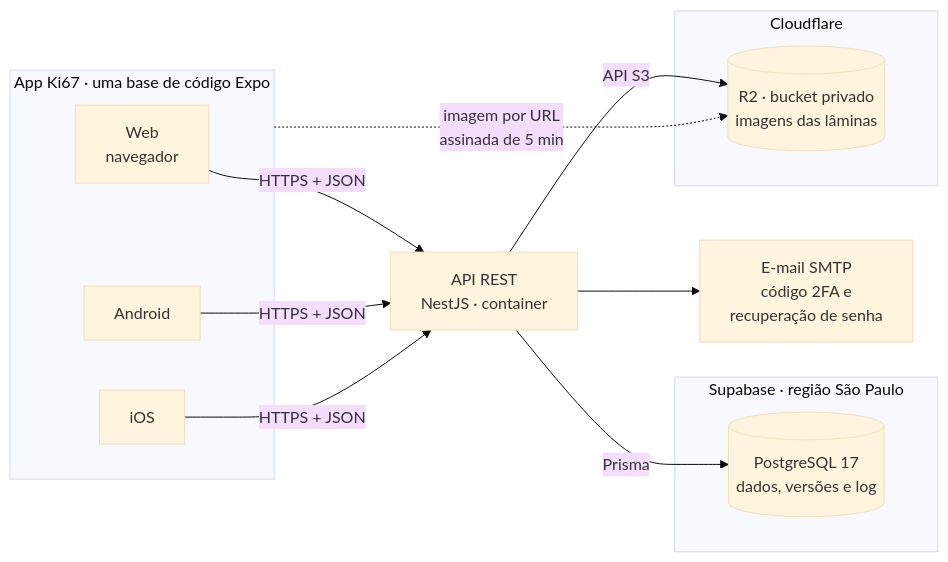
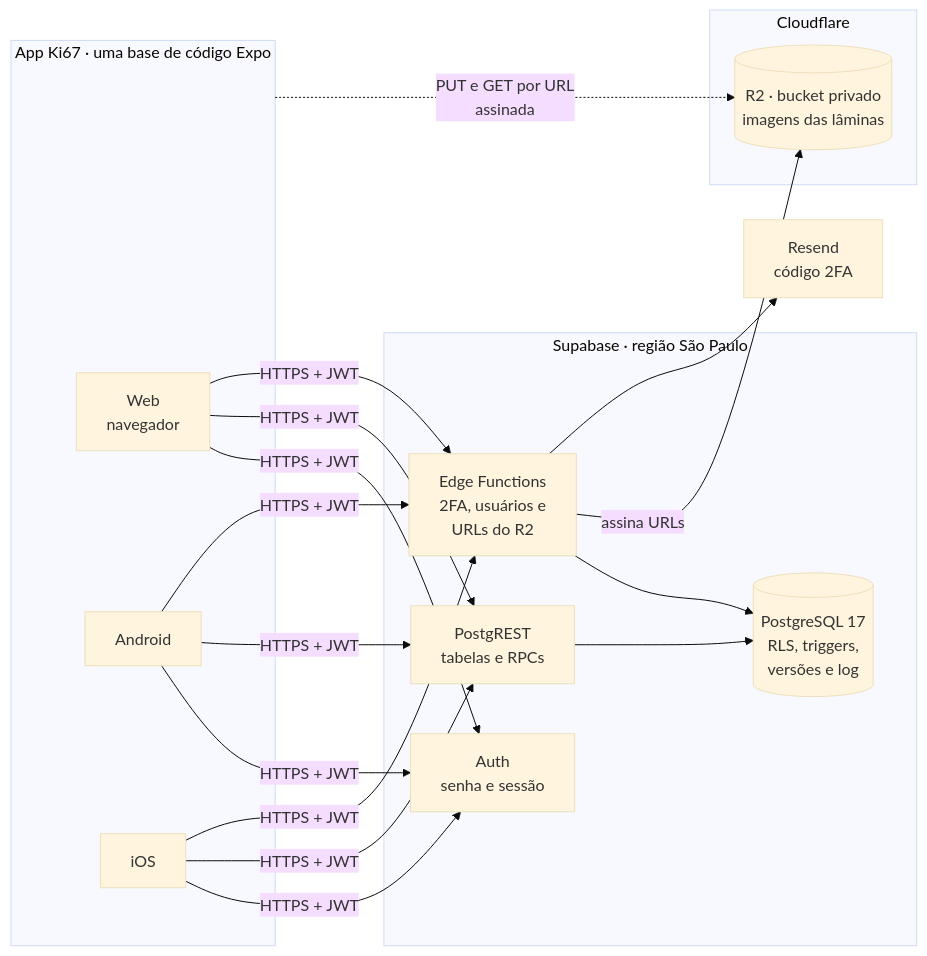
One commit to Matheus-Lordron/ki67 changed the first of 13 diagrams in docs/02-arquitetura.md. Above: the diagram before and after it, drawn with Mermaid (base theme). The commit also changed other lines of this file and 116 other files, not shown here.

````diff
--- a/docs/02-arquitetura.md
+++ b/docs/02-arquitetura.md
@@ -13,26 +21,28 @@
 ```mermaid
 flowchart LR
     subgraph App["App Ki67 · uma base de código Expo"]
         WEB["Web<br/>navegador"]
         AND["Android"]
         IOS["iOS"]
     end
 
-    API["API REST<br/>NestJS · container"]
-
     subgraph Supabase["Supabase · região São Paulo"]
-        DB[("PostgreSQL 17<br/>dados, versões e log")]
+        AUTH["Auth<br/>senha e sessão"]
+        REST["PostgREST<br/>tabelas e RPCs"]
+        DB[("PostgreSQL 17<br/>RLS, triggers,<br/>versões e log")]
+        EF["Edge Functions<br/>2FA, usuários e<br/>URLs do R2"]
     end
 
     subgraph Cloudflare["Cloudflare"]
         ARQ[("R2 · bucket privado<br/>imagens das lâminas")]
     end
 
-    SMTP["E-mail SMTP<br/>código 2FA e<br/>recuperação de senha"]
+    MAIL["Resend<br/>código 2FA"]
 
-    WEB & AND & IOS -->|"HTTPS + JSON"| API
-    API -->|"Prisma"| DB
-    API -->|"API S3"| ARQ
-    API --> SMTP
-    App -.->|"imagem por URL<br/>assinada de 5 min"| ARQ
+    WEB & AND & IOS -->|"HTTPS + JWT"| AUTH & REST & EF
+    REST --> DB
+    EF --> DB
+    EF -->|"assina URLs"| ARQ
+    EF --> MAIL
+    App -.->|"PUT e GET por URL<br/>assinada"| ARQ
 ```
````
